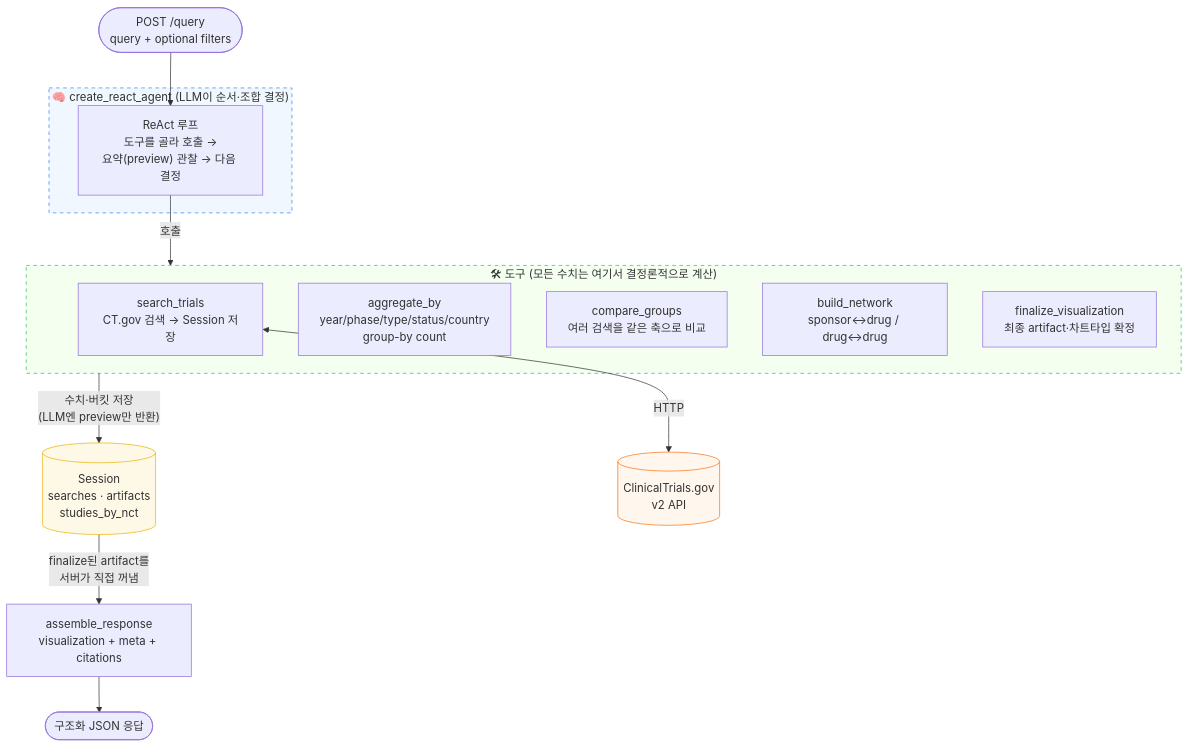
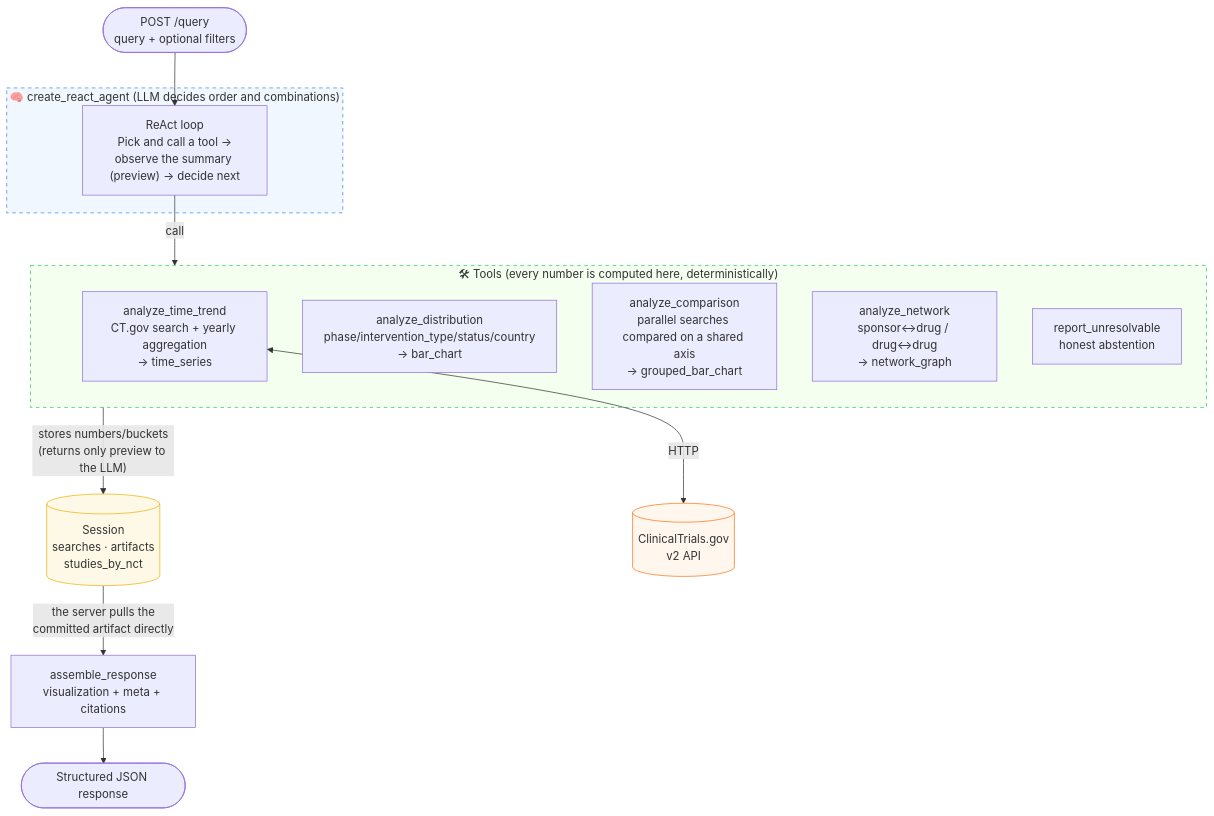
Before and after one commit to kingjiwoo/h-assignment: the first of 3 diagrams in docs/architecture.md, drawn with Mermaid. The commit also changed other lines of this file and 29 other files, not shown here.

````diff
--- a/docs/architecture.md
+++ b/docs/architecture.md
@@ -9,29 +9,29 @@
 ```mermaid
 flowchart TD
     Client([POST /query<br/>query + optional filters]) --> Agent
 
-    subgraph AgentLoop["🧠 create_react_agent (LLM이 순서·조합 결정)"]
-        Agent["ReAct 루프<br/>도구를 골라 호출 →<br/>요약(preview) 관찰 → 다음 결정"]
+    subgraph AgentLoop["🧠 create_react_agent (LLM decides order and combinations)"]
+        Agent["ReAct loop<br/>Pick and call a tool →<br/>observe the summary (preview) → decide next"]
     end
 
-    Agent -->|호출| Tools
+    Agent -->|call| Tools
 
-    subgraph Tools["🛠 도구 (모든 수치는 여기서 결정론적으로 계산)"]
-        T1["search_trials<br/>CT.gov 검색 → Session 저장"]
-        T2["aggregate_by<br/>year/phase/type/status/country<br/>group-by count"]
-        T3["compare_groups<br/>여러 검색을 같은 축으로 비교"]
-        T4["build_network<br/>sponsor↔drug / drug↔drug"]
-        T5["finalize_visualization<br/>최종 artifact·차트타입 확정"]
+    subgraph Tools["🛠 Tools (every number is computed here, deterministically)"]
+        T1["analyze_time_trend<br/>CT.gov search + yearly aggregation<br/>→ time_series"]
+        T2["analyze_distribution<br/>phase/intervention_type/status/country<br/>→ bar_chart"]
+        T3["analyze_comparison<br/>parallel searches compared on a shared axis<br/>→ grouped_bar_chart"]
+        T4["analyze_network<br/>sponsor↔drug / drug↔drug<br/>→ network_graph"]
+        T5["report_unresolvable<br/>honest abstention"]
     end
 
-    Tools -->|"수치·버킷 저장<br/>(LLM엔 preview만 반환)"| Session[("Session<br/>searches · artifacts<br/>studies_by_nct")]
+    Tools -->|"stores numbers/buckets<br/>(returns only preview to the LLM)"| Session[("Session<br/>searches · artifacts<br/>studies_by_nct")]
     T1 <-->|HTTP| CTGov[("ClinicalTrials.gov<br/>v2 API")]
 
-    Session -->|"finalize된 artifact를<br/>서버가 직접 꺼냄"| Assemble["assemble_response<br/>visualization + meta + citations"]
-    Assemble --> Response([구조화 JSON 응답])
+    Session -->|"the server pulls the<br/>committed artifact directly"| Assemble["assemble_response<br/>visualization + meta + citations"]
+    Assemble --> Response([Structured JSON response])
 
     style AgentLoop fill:#f0f7ff,stroke:#3b82f6,stroke-dasharray:5 5
     style Tools fill:#f5fff0,stroke:#22c55e,stroke-dasharray:5 5
     style Session fill:#fef9e7,stroke:#eab308
     style CTGov fill:#fff7ed,stroke:#f97316
 ```
````
